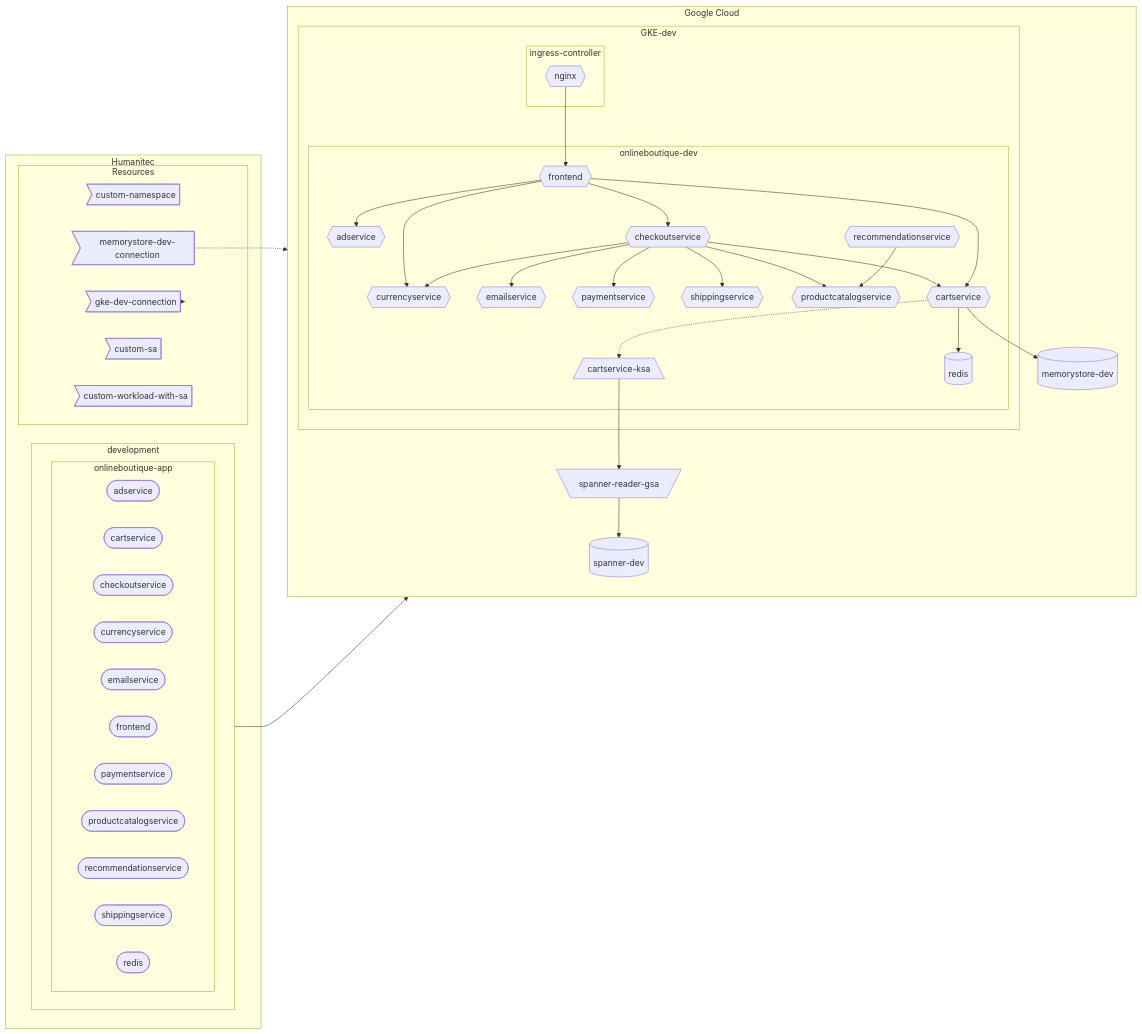
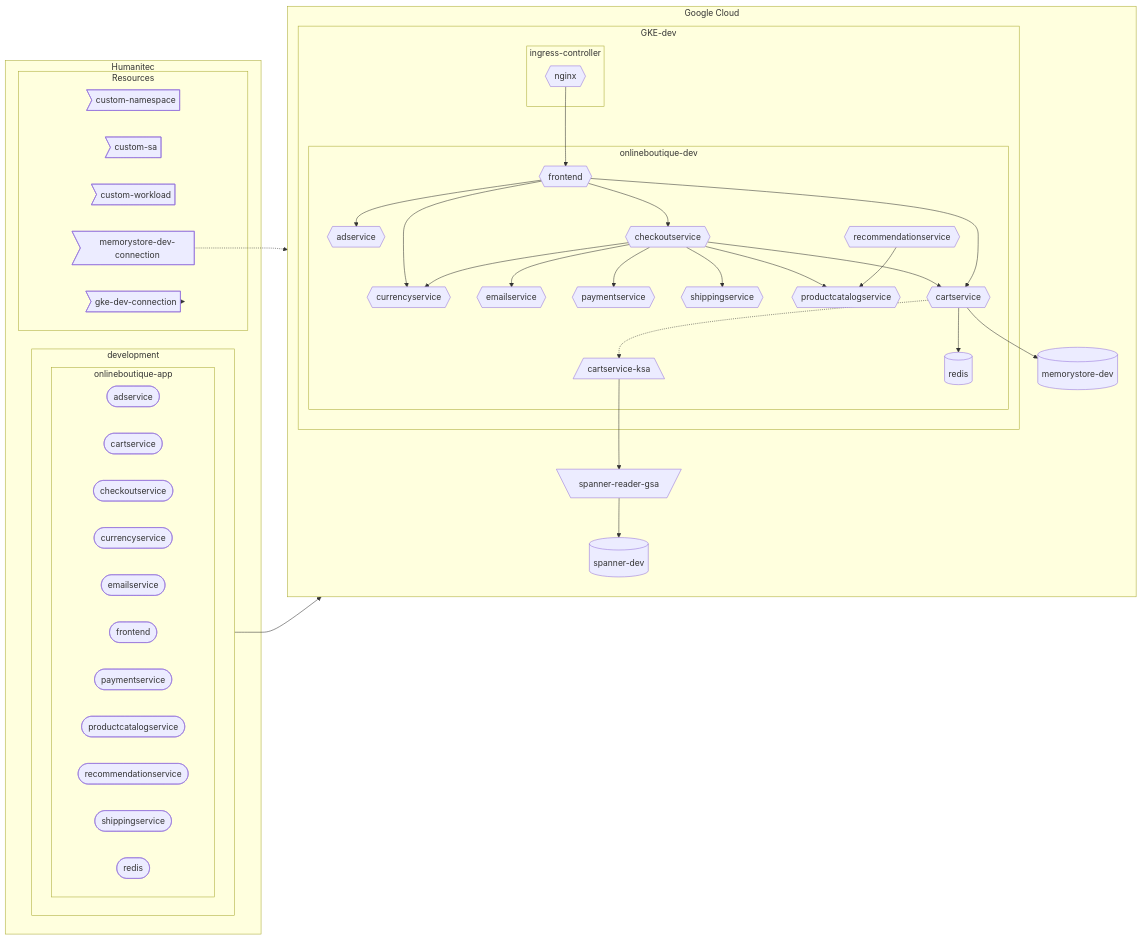
The second of 2 diagrams in README.md (mathieu-benoit/hello-humanitec), drawn with Mermaid before and after one commit.

````diff
--- a/README.md
+++ b/README.md
@@ -43,59 +43,59 @@
 ```mermaid
 flowchart LR
   subgraph Humanitec
     subgraph development
         direction LR
         subgraph onlineboutique-app
             direction LR
             adservice-workload([adservice])
             cartservice-workload([cartservice])
             checkoutservice-workload([checkoutservice])
             currencyservice-workload([currencyservice])
             emailservice-workload([emailservice])
             frontend-workload([frontend])
             paymentservice-workload([paymentservice])
             productcatalogservice-workload([productcatalogservice])
             recommendationservice-workload([recommendationservice])
             shippingservice-workload([shippingservice])
             redis-workload([redis])
         end
     end
     subgraph Resources
         custom-namespace>custom-namespace]
+        custom-sa>custom-sa]
+        custom-workload>custom-workload]
         gke-dev-connection>gke-dev-connection]
         memorystore-dev-connection>memorystore-dev-connection]
-        custom-sa>custom-sa]
-        custom-workload-with-sa>custom-workload-with-sa]
     end
   end
   subgraph Google Cloud
     direction TB
     subgraph GKE-dev
         subgraph ingress-controller
             nginx{{nginx}}
         end
         subgraph onlineboutique-dev
             frontend{{frontend}}-->adservice{{adservice}}
             frontend-->checkoutservice{{checkoutservice}}
             frontend-->currencyservice{{currencyservice}}
             checkoutservice-->emailservice{{emailservice}}
             checkoutservice-->paymentservice{{paymentservice}}
             checkoutservice-->currencyservice
             checkoutservice-->shippingservice{{shippingservice}}
             checkoutservice-->productcatalogservice{{productcatalogservice}}
             checkoutservice-->cartservice{{cartservice}}
             frontend-->cartservice
             recommendationservice{{recommendationservice}}-->productcatalogservice
             cartservice-.->cartservice-ksa[/cartservice-ksa\]
             cartservice-->redis[(redis)]
         end
         nginx-->frontend
     end
     gke-dev-connection-.->GKE-dev
     memorystore-dev-connection-.->memorystore-dev[(memorystore-dev)]
     onlineboutique-app-->onlineboutique-dev
     cartservice-->memorystore-dev
     spanner-reader-gsa-->spanner-dev[(spanner-dev)]
     cartservice-ksa-->spanner-reader-gsa[\spanner-reader-gsa/]
   end
 ```
````
